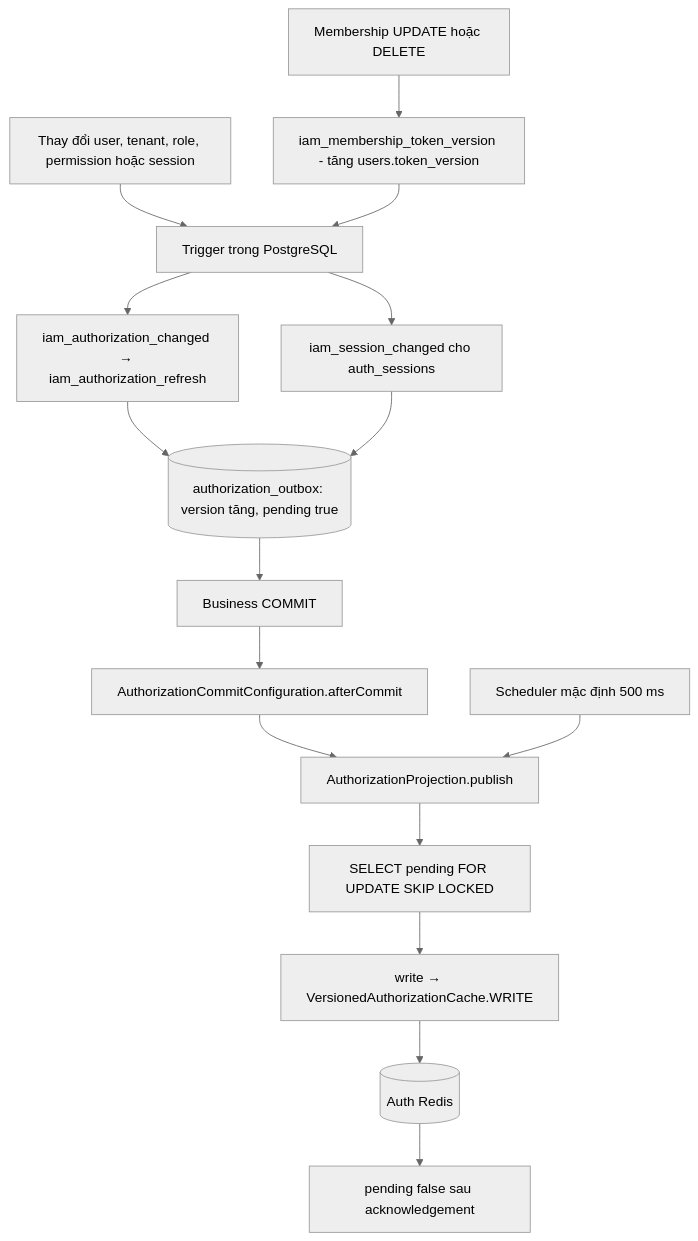
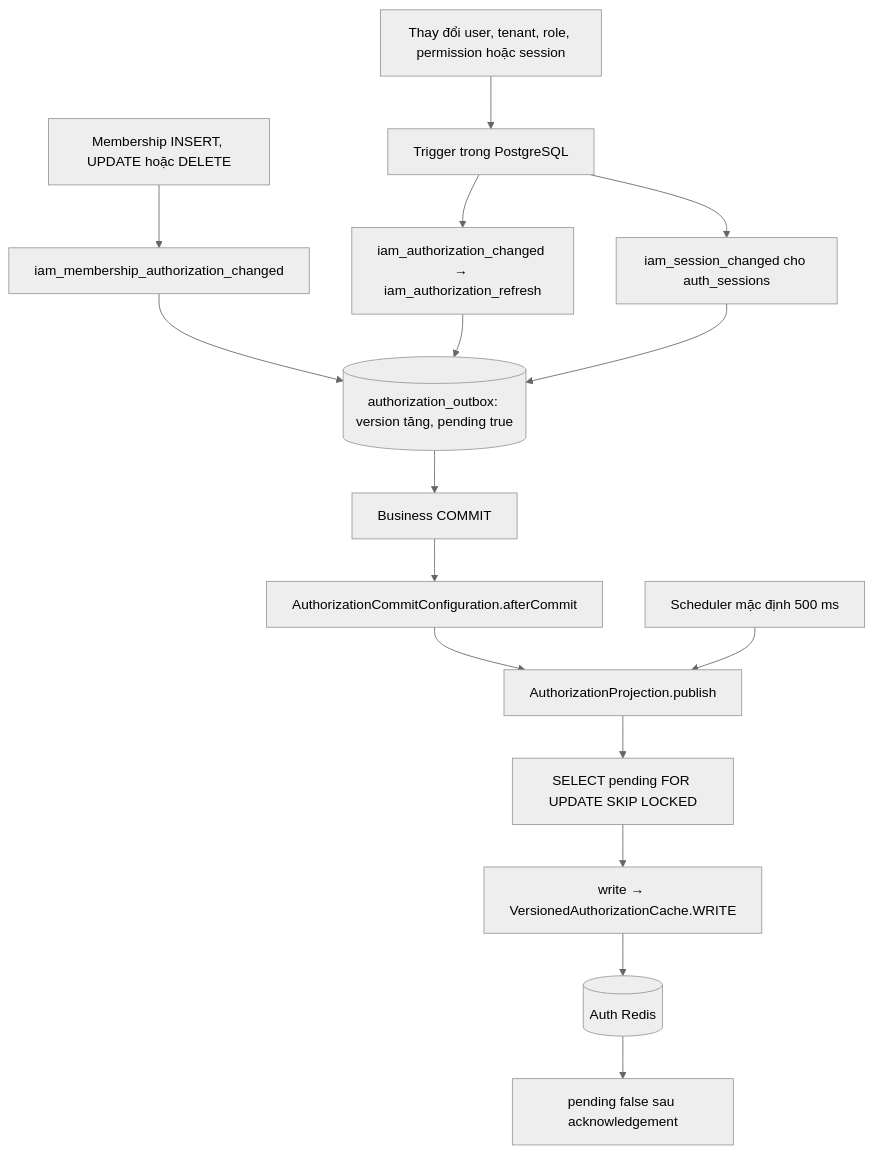
Before and after one commit to NDQuynh259/vishop-platform: diagram 12 of 13 in docs/core-architecture/database-and-auth-flow.md, drawn with Mermaid (neutral theme). The commit also changed other lines of this file and 33 other files, not shown here.

First line of the commit message:
feat: Implement tenant-scoped membership authorization and cache delivery

````diff
--- a/docs/core-architecture/database-and-auth-flow.md
+++ b/docs/core-architecture/database-and-auth-flow.md
@@ -531,18 +533,18 @@
 ```mermaid
 flowchart TD
     A[Thay đổi user, tenant, role, permission hoặc session] --> B[Trigger trong PostgreSQL]
-    M[Membership UPDATE hoặc DELETE] --> N[iam_membership_token_version - tăng users.token_version]
-    N --> B
+    M[Membership INSERT, UPDATE hoặc DELETE] --> N[iam_membership_authorization_changed]
+    N --> D
     B --> C[iam_authorization_changed → iam_authorization_refresh]
     B --> S[iam_session_changed cho auth_sessions]
     C --> D[(authorization_outbox: version tăng, pending true)]
     S --> D
     D --> E[Business COMMIT]
     E --> F[AuthorizationCommitConfiguration.afterCommit]
     F --> G[AuthorizationProjection.publish]
     H[Scheduler mặc định 500 ms] --> G
     G --> I[SELECT pending FOR UPDATE SKIP LOCKED]
     I --> J[write → VersionedAuthorizationCache.WRITE]
     J --> R[(Auth Redis)]
     R --> K[pending false sau acknowledgement]
 ```
````
